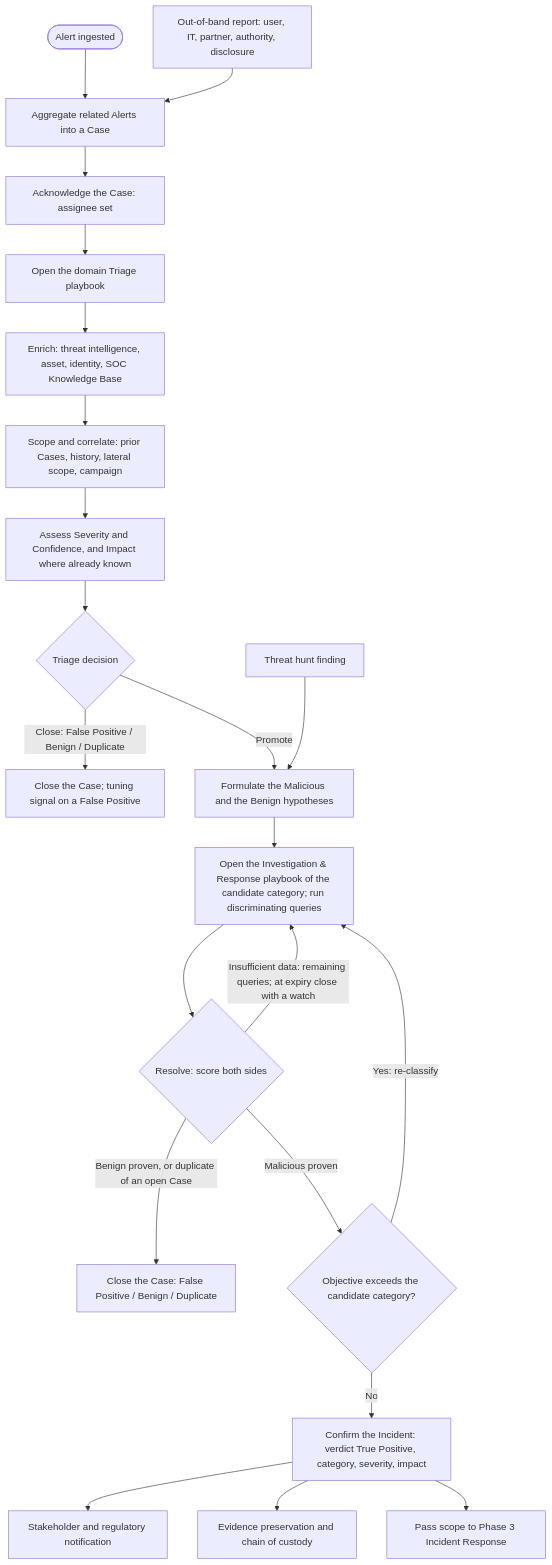
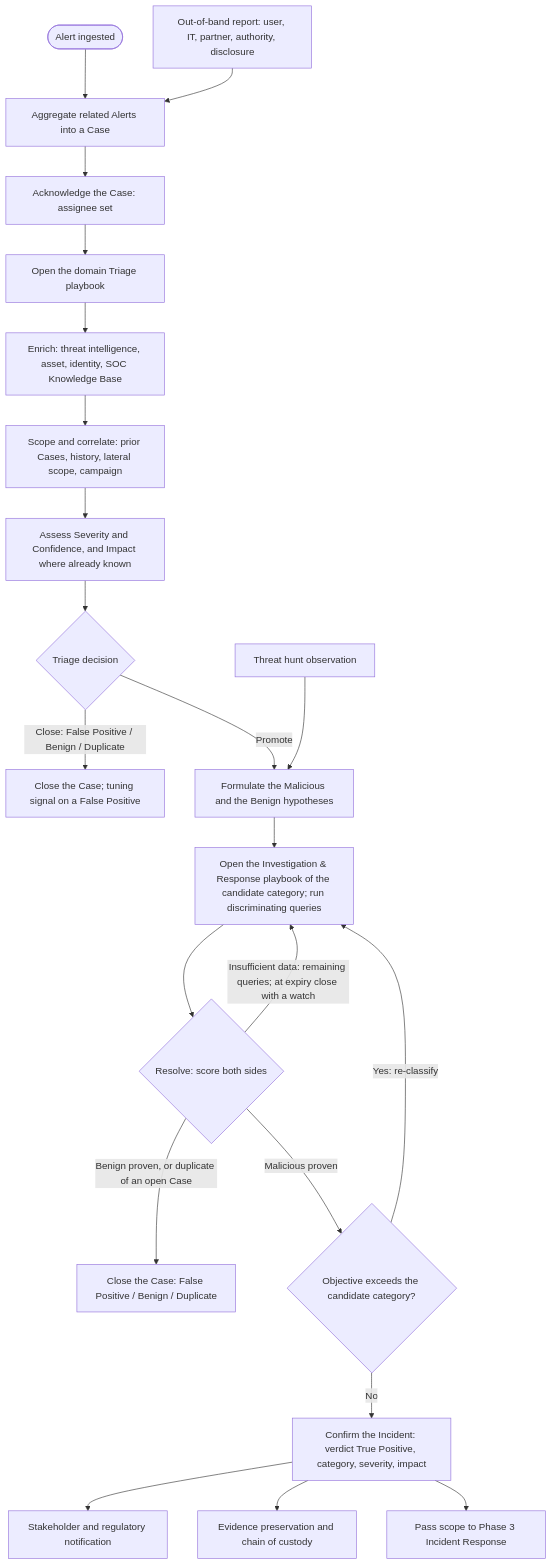
The diagram in skills/zerosoc-response/references/framework/03-Processes/02-detection_and_analysis.md (ZeroSOC/zerosoc-skills), drawn with Mermaid before and after one commit. The commit also changed other lines of this file and 123 other files, not shown here.

````diff
--- a/skills/zerosoc-response/references/framework/03-Processes/02-detection_and_analysis.md
+++ b/skills/zerosoc-response/references/framework/03-Processes/02-detection_and_analysis.md
@@ -18,24 +18,24 @@
 ```mermaid
 graph TD
     Start([Alert ingested]) --> Agg[Aggregate related Alerts into a Case]
     OOB[Out-of-band report: user, IT, partner, authority, disclosure] --> Agg
     Agg --> Ack[Acknowledge the Case: assignee set]
     Ack --> Cart[Open the domain Triage playbook]
     Cart --> Enrich[Enrich: threat intelligence, asset, identity, SOC Knowledge Base]
     Enrich --> Scope[Scope and correlate: prior Cases, history, lateral scope, campaign]
     Scope --> Prioritize[Assess Severity and Confidence, and Impact where already known]
     Prioritize --> TriageDecision{Triage decision}
     TriageDecision -->|"Close: False Positive / Benign / Duplicate"| CloseT[Close the Case; tuning signal on a False Positive]
     TriageDecision -->|Promote| Hyp[Formulate the Malicious and the Benign hypotheses]
-    Hunt[Threat hunt finding] --> Hyp
+    Hunt[Threat hunt observation] --> Hyp
     Hyp --> Playbooks[Open the Investigation & Response playbook of the candidate category; run discriminating queries]
     Playbooks --> Resolve{Resolve: score both sides}
     Resolve -->|"Benign proven, or duplicate of an open Case"| CloseI[Close the Case: False Positive / Benign / Duplicate]
     Resolve -->|"Insufficient data: remaining queries; at expiry close with a watch"| Playbooks
     Resolve -->|"Malicious proven"| Reclass{Objective exceeds the candidate category?}
     Reclass -->|"Yes: re-classify"| Playbooks
     Reclass -->|No| Decl[Confirm the Incident: verdict True Positive, category, severity, impact]
     Decl --> Notify[Stakeholder and regulatory notification]
     Decl --> Evid[Evidence preservation and chain of custody]
     Decl --> Pass[Pass scope to Phase 3 Incident Response]
 ```
````
